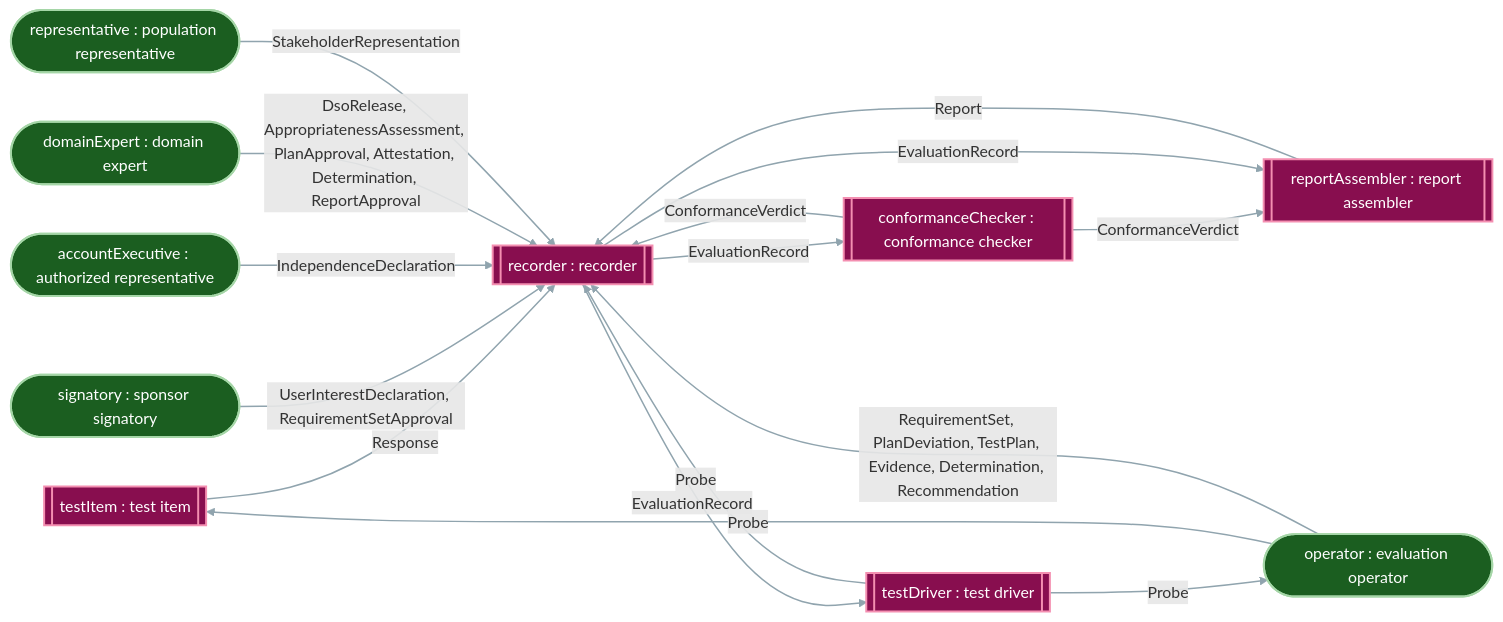
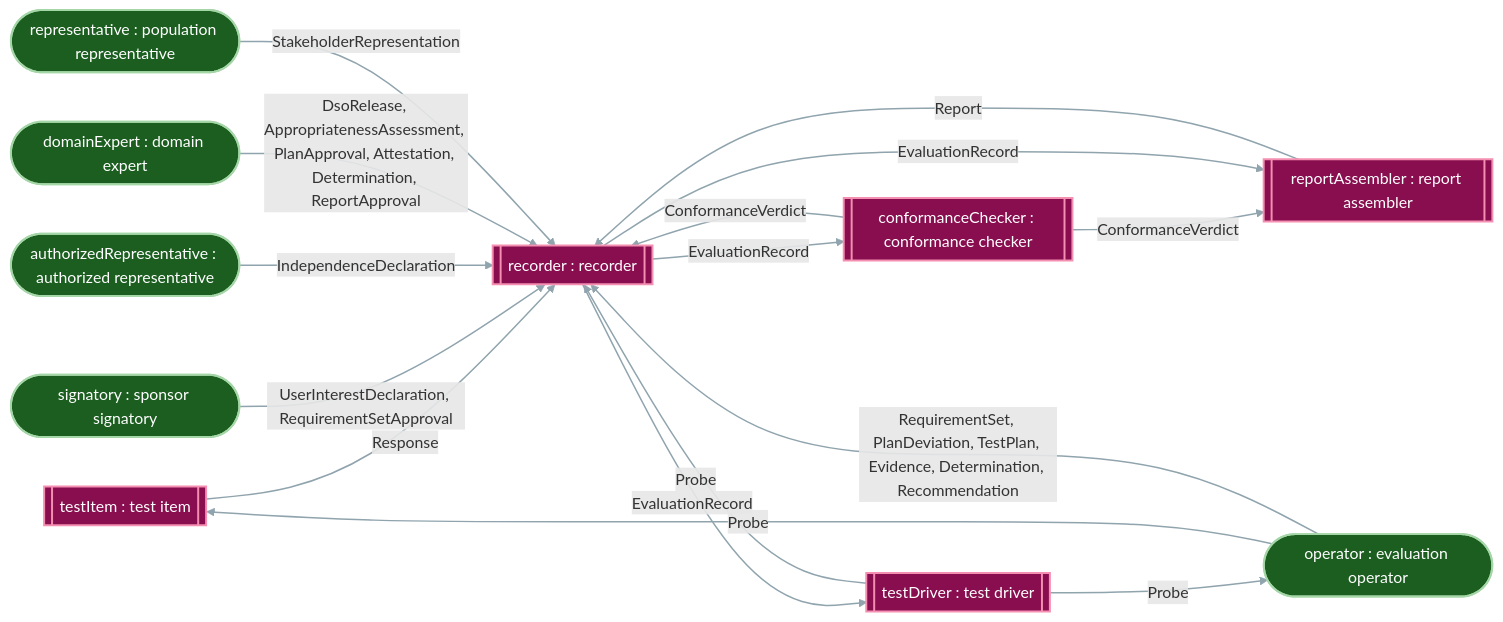
Before and after one commit to DynamicalSystemsGroup/og-caie-spec: the diagram in generated/wiring-evaluation.md, drawn with Mermaid. The commit also changed 79 other files, not shown here.

First line of the commit message:
Sheet 10-49: the identifiers follow the headword authorized representative

````diff
--- a/generated/wiring-evaluation.md
+++ b/generated/wiring-evaluation.md
@@ -1,35 +1,35 @@
 ```{mermaid}
 flowchart LR
   accountable_testItem[["testItem : test item"]]
   sponsor_signatory(["signatory : sponsor signatory"])
-  testingOrg_accountExecutive(["accountExecutive : authorized representative"])
+  testingOrg_authorizedRepresentative(["authorizedRepresentative : authorized representative"])
   testingOrg_conformanceChecker[["conformanceChecker : conformance checker"]]
   testingOrg_recorder[["recorder : recorder"]]
   testingOrg_reportAssembler[["reportAssembler : report assembler"]]
   testingOrg_team_domainExpert(["domainExpert : domain expert"])
   testingOrg_team_operator(["operator : evaluation operator"])
   testingOrg_team_representative(["representative : population representative"])
   testingOrg_testDriver[["testDriver : test driver"]]
   accountable_testItem -- "Response" --> testingOrg_recorder
   sponsor_signatory -- "UserInterestDeclaration, RequirementSetApproval" --> testingOrg_recorder
-  testingOrg_accountExecutive -- "IndependenceDeclaration" --> testingOrg_recorder
+  testingOrg_authorizedRepresentative -- "IndependenceDeclaration" --> testingOrg_recorder
   testingOrg_conformanceChecker -- "ConformanceVerdict" --> testingOrg_recorder
   testingOrg_conformanceChecker -- "ConformanceVerdict" --> testingOrg_reportAssembler
   testingOrg_recorder -- "EvaluationRecord" --> testingOrg_conformanceChecker
   testingOrg_recorder -- "EvaluationRecord" --> testingOrg_reportAssembler
   testingOrg_recorder -- "EvaluationRecord" --> testingOrg_testDriver
   testingOrg_reportAssembler -- "Report" --> testingOrg_recorder
   testingOrg_team_domainExpert -- "DsoRelease, AppropriatenessAssessment, PlanApproval, Attestation, Determination, ReportApproval" --> testingOrg_recorder
   testingOrg_team_operator -- "Probe" --> accountable_testItem
   testingOrg_team_operator -- "RequirementSet, PlanDeviation, TestPlan, Evidence, Determination, Recommendation" --> testingOrg_recorder
   testingOrg_team_representative -- "StakeholderRepresentation" --> testingOrg_recorder
   testingOrg_testDriver -- "Probe" --> testingOrg_recorder
   testingOrg_testDriver -- "Probe" --> testingOrg_team_operator
   classDef person fill:#1b5e20,stroke:#a5d6a7,stroke-width:2px,color:#ffffff;
   classDef machine fill:#880e4f,stroke:#f48fb1,stroke-width:2px,color:#ffffff;
   classDef party fill:#f9a825,stroke:#e65100,stroke-width:2px,stroke-dasharray: 6 3,color:#000000;
   classDef organization fill:#37474f,stroke:#cfd8dc,stroke-width:2px,color:#ffffff;
   linkStyle default stroke:#90a4ae,stroke-width:1.5px;
-  class sponsor_signatory,testingOrg_accountExecutive,testingOrg_team_domainExpert,testingOrg_team_operator,testingOrg_team_representative person;
+  class sponsor_signatory,testingOrg_authorizedRepresentative,testingOrg_team_domainExpert,testingOrg_team_operator,testingOrg_team_representative person;
   class accountable_testItem,testingOrg_conformanceChecker,testingOrg_recorder,testingOrg_reportAssembler,testingOrg_testDriver machine;
 ```
````
